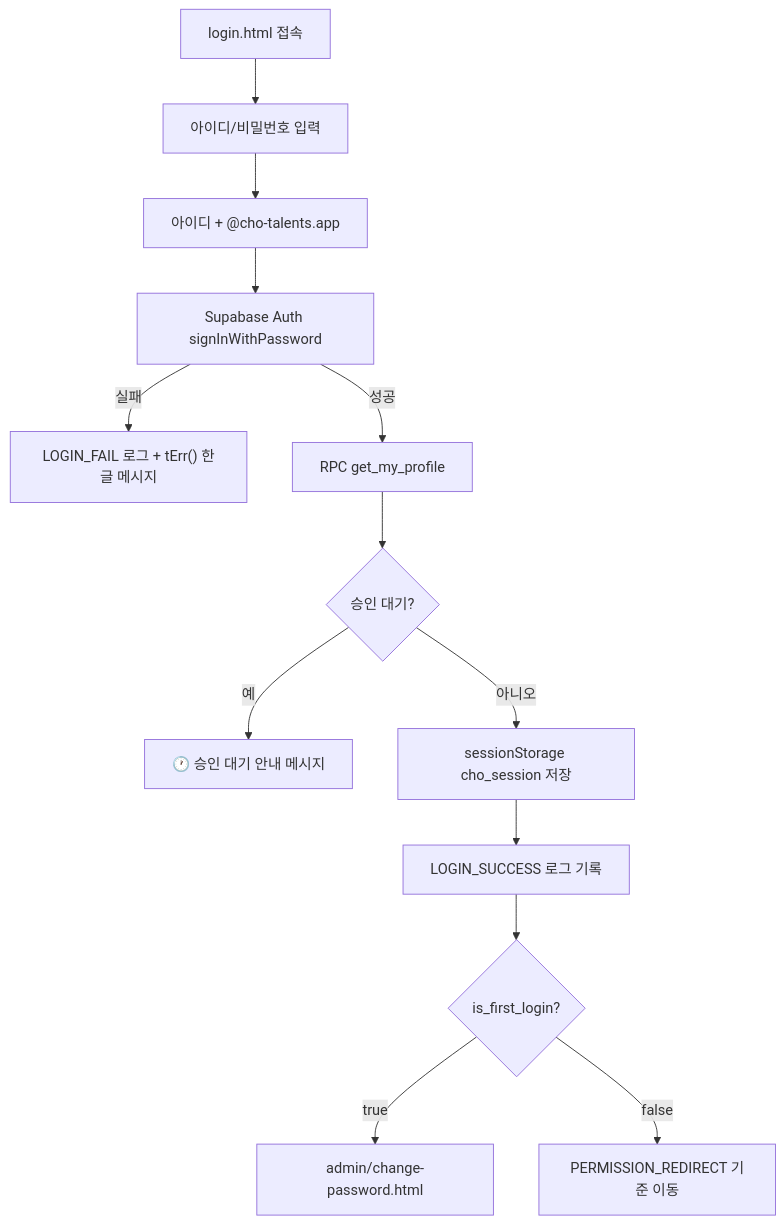
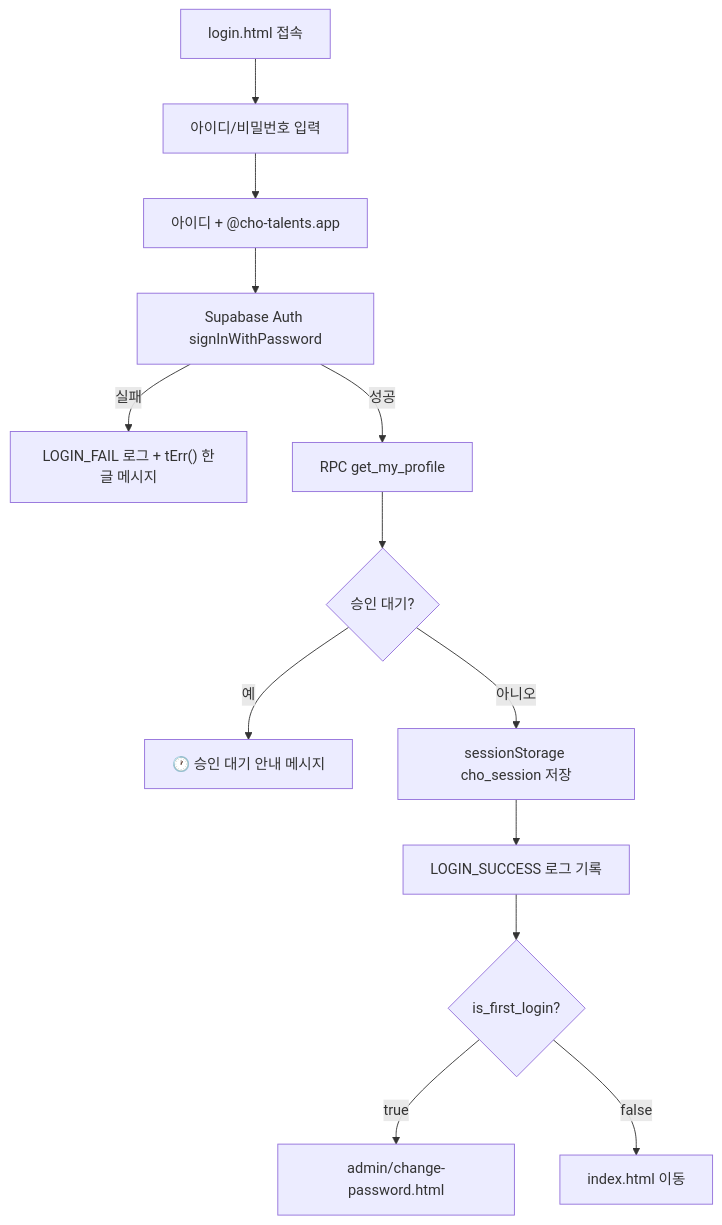
One commit to CHO-Talents/CHO-Talents changed the third of 11 diagrams in docs/PROJECT_ARCHITECTURE_FLOW.md. Above: the diagram before and after it, drawn with Mermaid. The commit also changed other lines of this file and 4 other files, not shown here.

````diff
--- a/docs/PROJECT_ARCHITECTURE_FLOW.md
+++ b/docs/PROJECT_ARCHITECTURE_FLOW.md
@@ -157,15 +162,15 @@
 ```mermaid
 flowchart TD
   Start["login.html 접속"] --> Input["아이디/비밀번호 입력"]
   Input --> Email["아이디 + @cho-talents.app"]
   Email --> SignIn["Supabase Auth signInWithPassword"]
   SignIn -->|실패| LoginFail["LOGIN_FAIL 로그 + tErr() 한글 메시지"]
   SignIn -->|성공| Profile["RPC get_my_profile"]
   Profile --> Pending{"승인 대기?"}
   Pending -->|예| PendingMsg["🕐 승인 대기 안내 메시지"]
   Pending -->|아니오| Cache["sessionStorage cho_session 저장"]
   Cache --> LoginLog["LOGIN_SUCCESS 로그 기록"]
   LoginLog --> FirstLogin{"is_first_login?"}
   FirstLogin -->|true| Change["admin/change-password.html"]
-  FirstLogin -->|false| Redirect["PERMISSION_REDIRECT 기준 이동"]
+  FirstLogin -->|false| Redirect["index.html 이동"]
 ```
````
